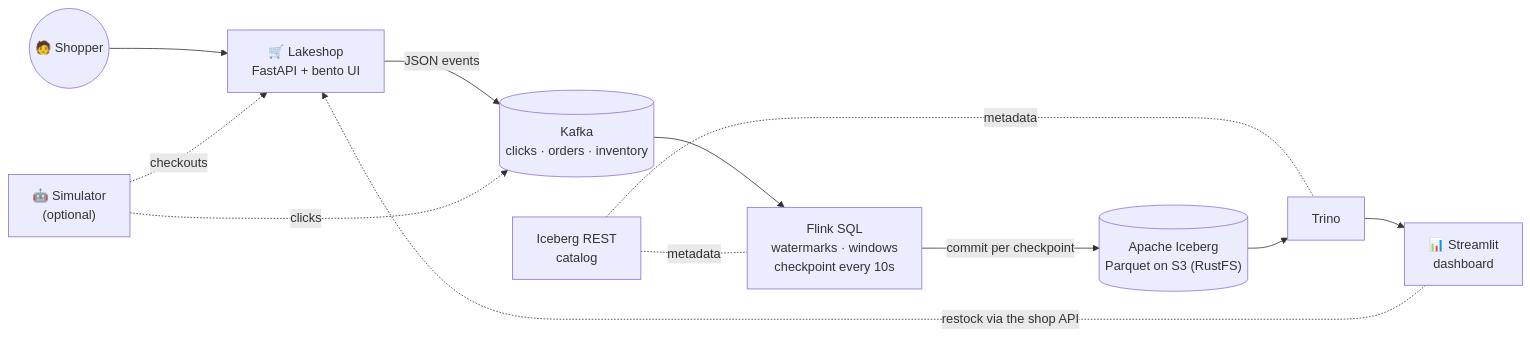
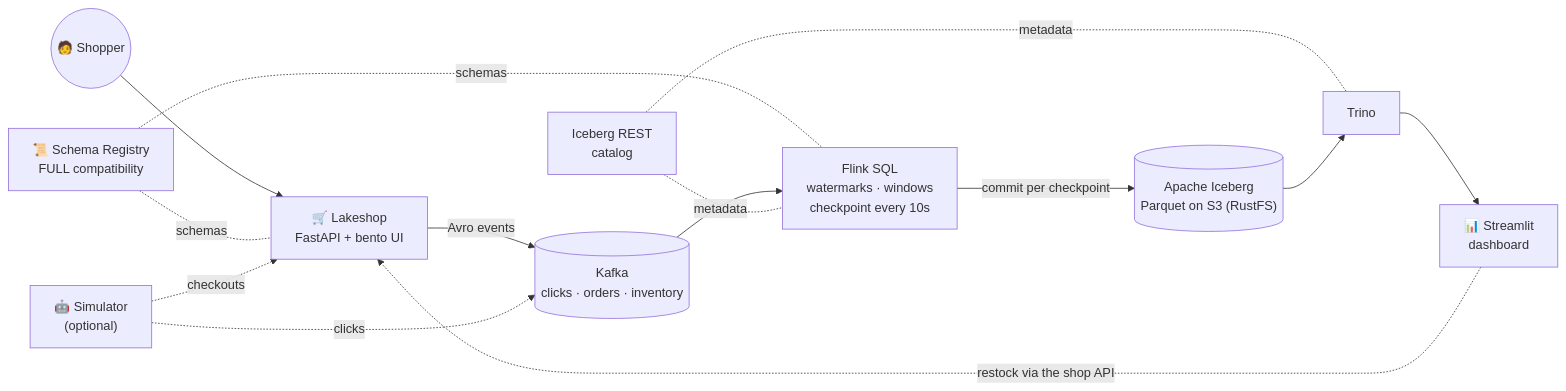
The diagram in README.md (kanersharma/realtime-ecommerce-lakehouse), drawn with Mermaid before and after one commit. The commit also changed other lines of this file and 44 other files, not shown here.

First line of the commit message:
Move events to Avro with a Schema Registry; add schema v2 (Phase 10)

````diff
--- a/README.md
+++ b/README.md
@@ -64,14 +66,16 @@
 ```mermaid
 flowchart LR
     U(("🧑 Shopper")) --> S["🛒 Lakeshop<br/>FastAPI + bento UI"]
-    S -- "JSON events" --> K[("Kafka<br/>clicks · orders · inventory")]
+    S -- "Avro events" --> K[("Kafka<br/>clicks · orders · inventory")]
+    R["📜 Schema Registry<br/>FULL compatibility"] -.schemas.- S
+    R -.schemas.- F
     G["🤖 Simulator<br/>(optional)"] -.->|clicks| K
     G -.->|checkouts| S
     K --> F["Flink SQL<br/>watermarks · windows<br/>checkpoint every 10s"]
     F -- "commit per checkpoint" --> I[("Apache Iceberg<br/>Parquet on S3 (RustFS)")]
     C["Iceberg REST<br/>catalog"] -.metadata.- F
     C -.metadata.- T
     I --> T["Trino"]
     T --> D["📊 Streamlit<br/>dashboard"]
     D -.->|restock via the shop API| S
 ```
````
